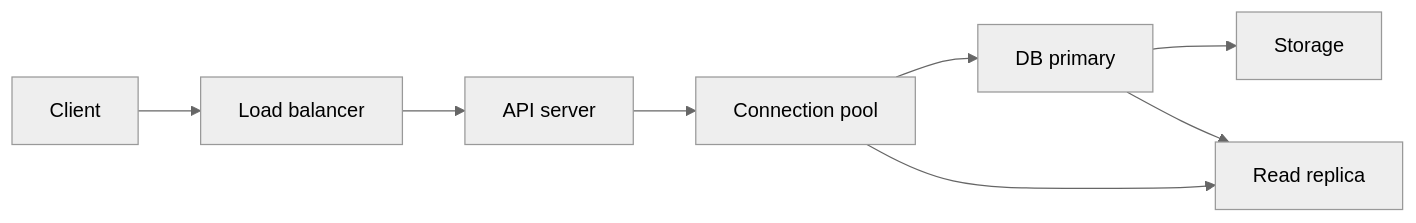
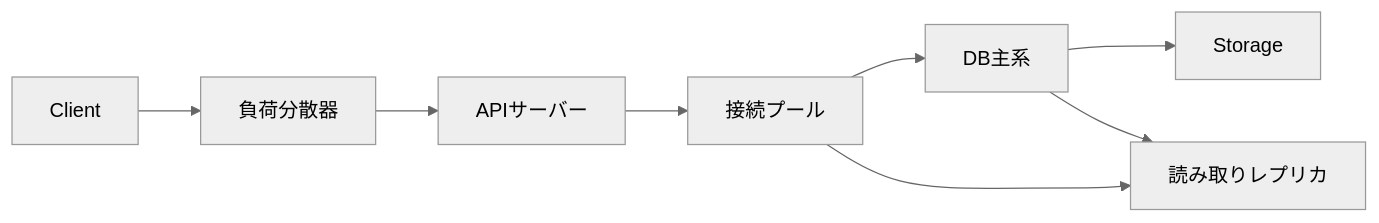
One commit to hirunebot/database-systems-book changed the first of 3 diagrams in src/content/docs/06-operations/17-application-operations.md. Above: the diagram before and after it, drawn with Mermaid (neutral theme). The commit also changed other lines of this file and 42 other files, not shown here.

````diff
--- a/src/content/docs/06-operations/17-application-operations.md
+++ b/src/content/docs/06-operations/17-application-operations.md
@@ -24,10 +24,10 @@
 ```mermaid
 flowchart LR
-    Client --> LB["Load balancer"]
-    LB --> API["API server"]
-    API --> Pool["Connection pool"]
-    Pool --> Primary["DB primary"]
-    Pool --> Replica["Read replica"]
+    Client --> LB["負荷分散器"]
+    LB --> API["APIサーバー"]
+    API --> Pool["接続プール"]
+    Pool --> Primary["DB主系"]
+    Pool --> Replica["読み取りレプリカ"]
     Primary --> Storage
     Primary --> Replica
 ```
````
